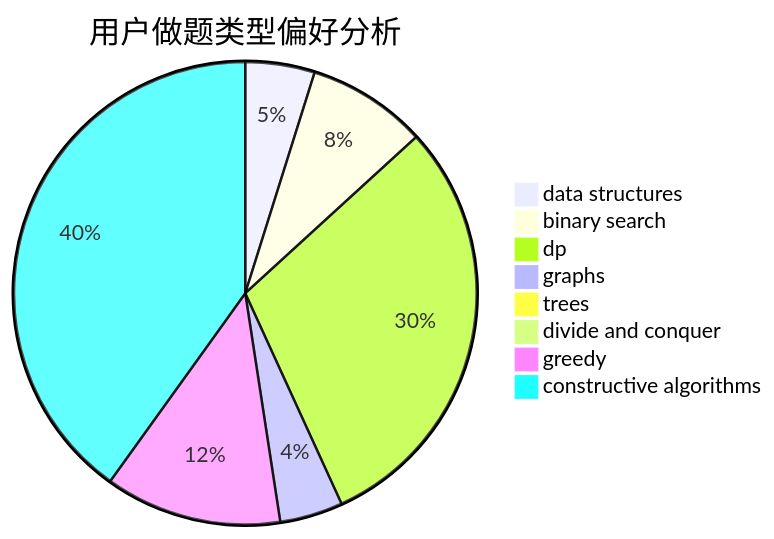
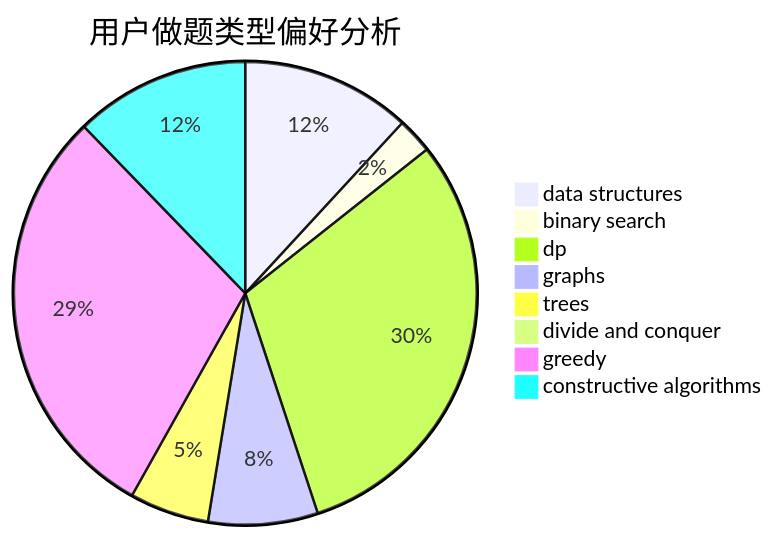
Before and after one commit to sherpahu/cfrs.github.io: the second of 3 diagrams in docs/user/u1113.md, drawn with Mermaid. The commit also changed other lines of this file and 2770 other files, not shown here.

````diff
--- a/docs/user/u1113.md
+++ b/docs/user/u1113.md
@@ -23,11 +23,11 @@
 ```mermaid
 pie title 用户做题类型偏好分析
-    "data structures" :  11
-    "binary search" :  19
-    "dp" :  68
-    "graphs" :  10
-    "trees" :  2
-    "divide and conquer" :  0
-    "greedy" :  28
-    "constructive algorithms" :  91
+    "data structures" :  62
+    "binary search" :  13
+    "dp" :  160
+    "graphs" :  40
+    "trees" :  29
+    "divide and conquer" :  5
+    "greedy" :  155
+    "constructive algorithms" :  64
 ```
````
